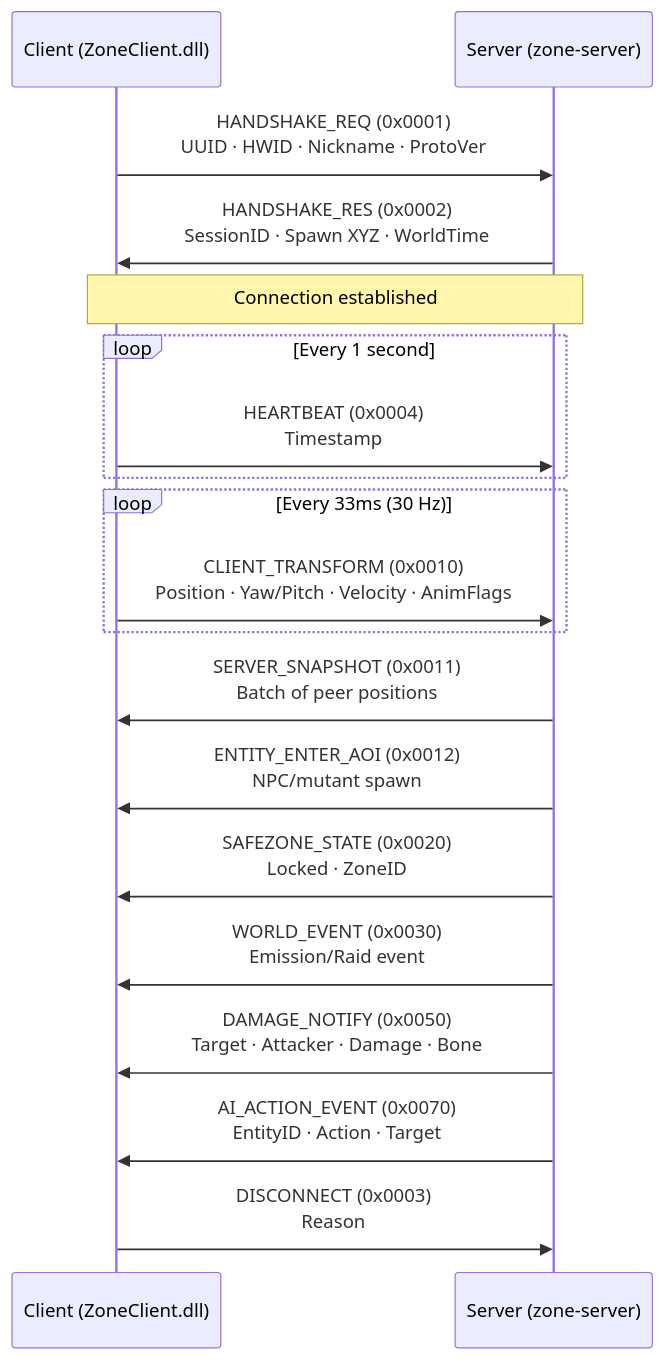
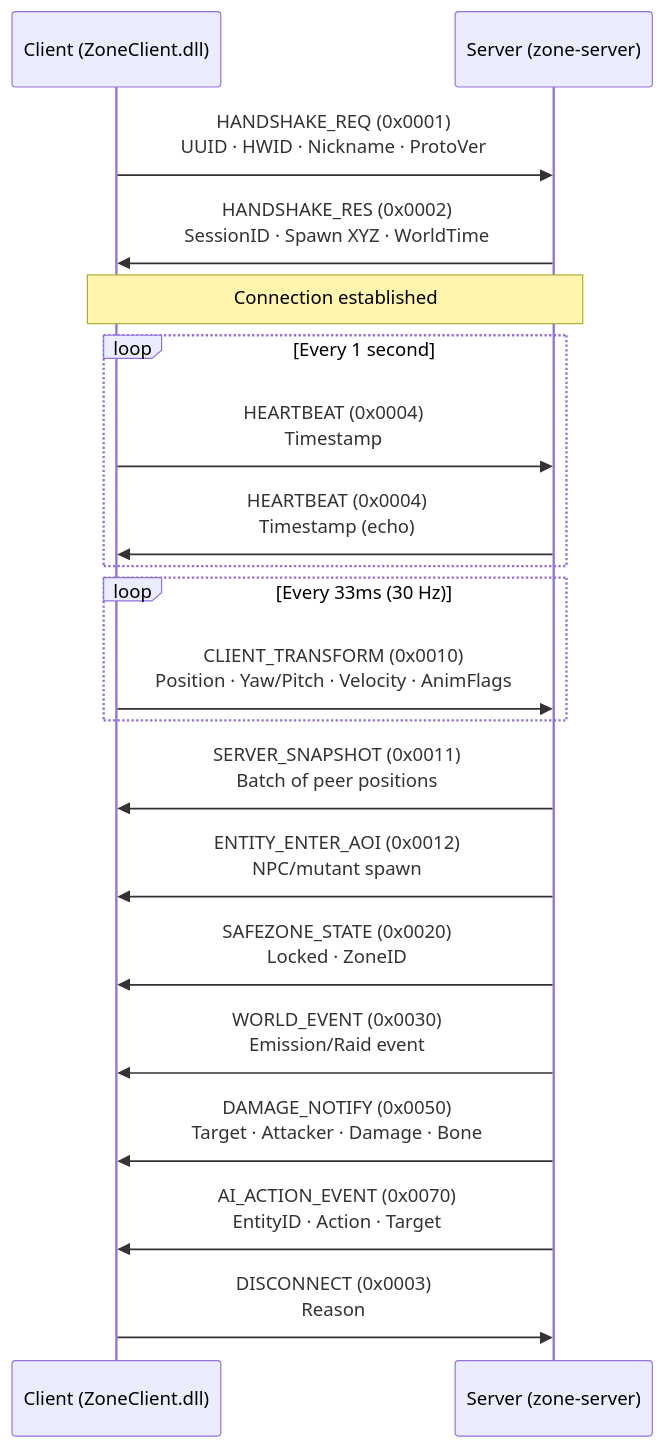
Before and after one commit to AnarchadiaMC/Zone: the third of 3 diagrams in README.md, drawn with Mermaid. The commit also changed other lines of this file, not shown here.

````diff
--- a/README.md
+++ b/README.md
@@ -186,26 +192,27 @@
 ```mermaid
 sequenceDiagram
     participant C as Client (ZoneClient.dll)
     participant S as Server (zone-server)
 
     C->>S: HANDSHAKE_REQ (0x0001)<br/>UUID · HWID · Nickname · ProtoVer
     S->>C: HANDSHAKE_RES (0x0002)<br/>SessionID · Spawn XYZ · WorldTime
     Note over C,S: Connection established
 
     loop Every 1 second
         C->>S: HEARTBEAT (0x0004)<br/>Timestamp
+        S->>C: HEARTBEAT (0x0004)<br/>Timestamp (echo)
     end
 
     loop Every 33ms (30 Hz)
         C->>S: CLIENT_TRANSFORM (0x0010)<br/>Position · Yaw/Pitch · Velocity · AnimFlags
     end
 
     S->>C: SERVER_SNAPSHOT (0x0011)<br/>Batch of peer positions
     S->>C: ENTITY_ENTER_AOI (0x0012)<br/>NPC/mutant spawn
     S->>C: SAFEZONE_STATE (0x0020)<br/>Locked · ZoneID
     S->>C: WORLD_EVENT (0x0030)<br/>Emission/Raid event
     S->>C: DAMAGE_NOTIFY (0x0050)<br/>Target · Attacker · Damage · Bone
     S->>C: AI_ACTION_EVENT (0x0070)<br/>EntityID · Action · Target
 
     C->>S: DISCONNECT (0x0003)<br/>Reason
 ```
````
